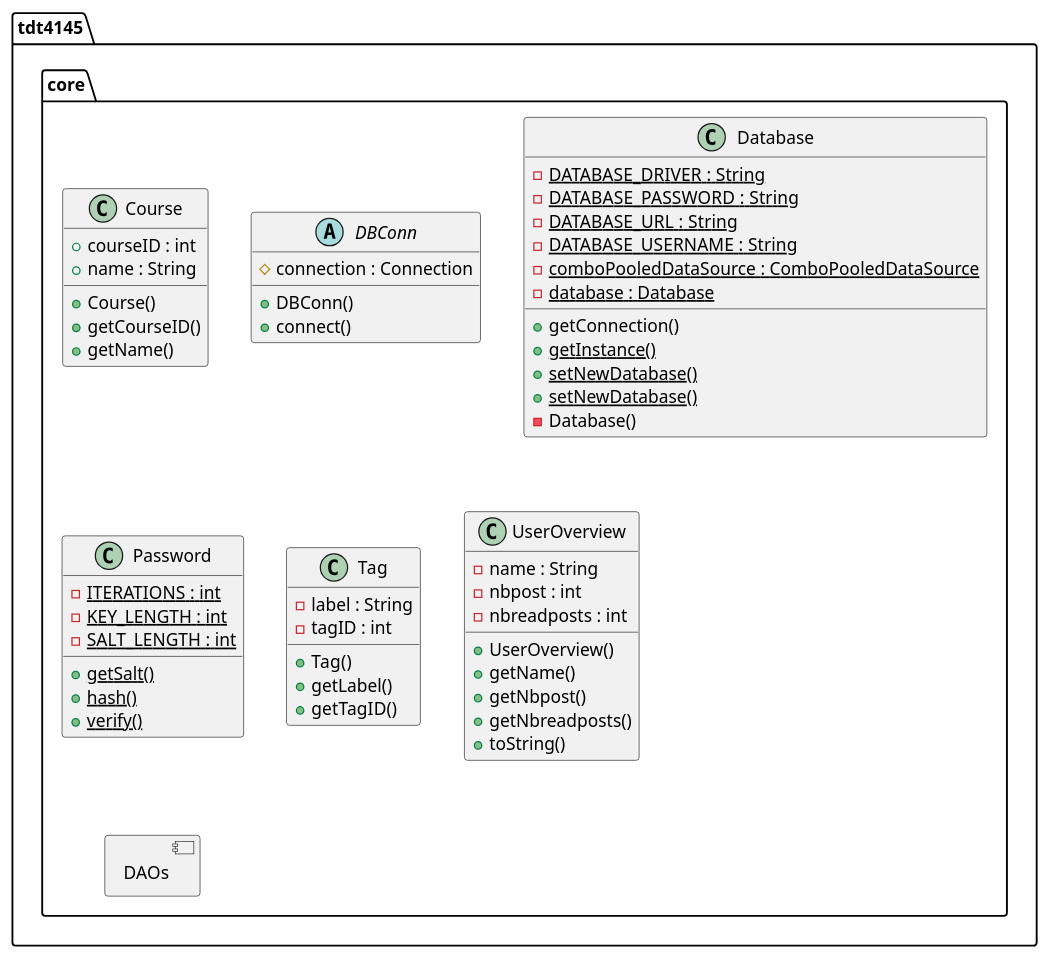
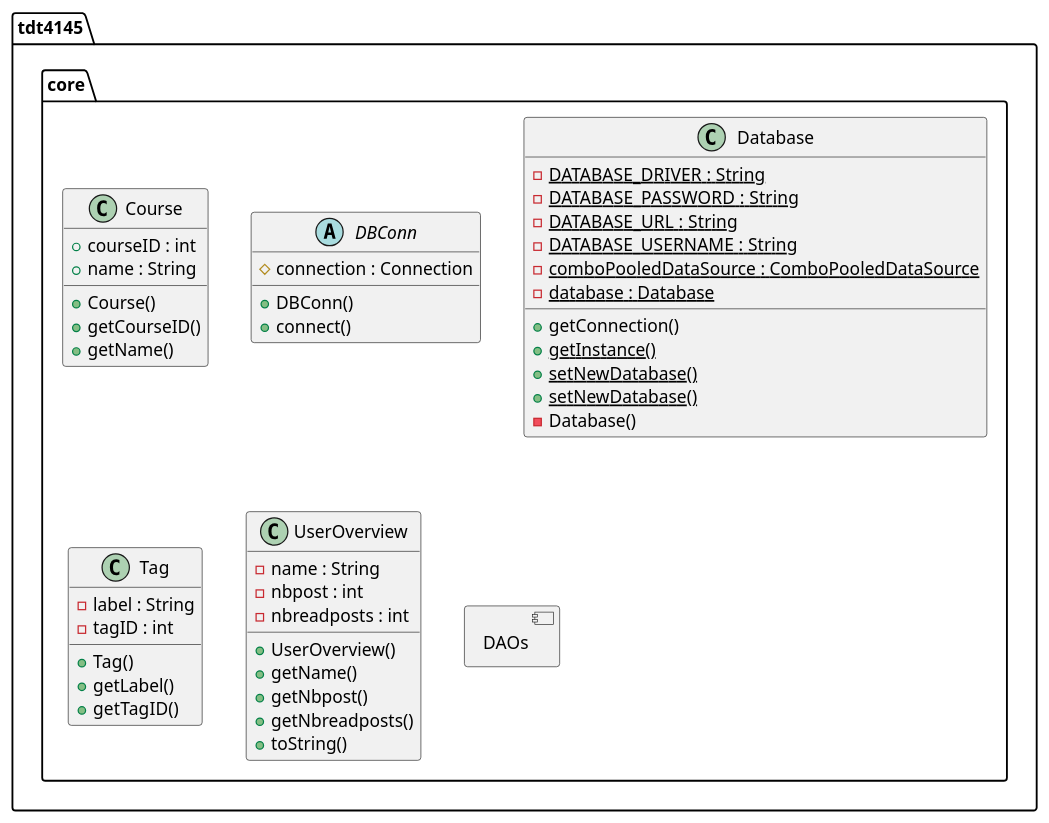
One commit to StefanTomic-NTNU/piazza changed the diagram in documentation/UML/core.plantuml. Above: the diagram before and after it, drawn with PlantUML. The commit also changed 3 other files, not shown here.

```diff
--- a/documentation/UML/core.plantuml
+++ b/documentation/UML/core.plantuml
@@ -1,80 +1,68 @@
 @startuml
 allow_mixing
 
   namespace tdt4145.core {
-    class tdt4145.core.Course {
-        + courseID : int
-        + name : String
-        + Course()
-        + getCourseID()
-        + getName()
+      class tdt4145.core.Course {
+          + courseID : int
+          + name : String
+          + Course()
+          + getCourseID()
+          + getName()
+      }
     }
-  }
-  
 
-  namespace tdt4145.core {
-    abstract class tdt4145.core.DBConn {
-        # connection : Connection
-        + DBConn()
-        + connect()
+
+    namespace tdt4145.core {
+      abstract class tdt4145.core.DBConn {
+          # connection : Connection
+          + DBConn()
+          + connect()
+      }
     }
-  }
-  
 
-  namespace tdt4145.core {
-    class tdt4145.core.Database {
-        {static} - DATABASE_DRIVER : String
-        {static} - DATABASE_PASSWORD : String
-        {static} - DATABASE_URL : String
-        {static} - DATABASE_USERNAME : String
-        {static} - comboPooledDataSource : ComboPooledDataSource
-        {static} - database : Database
-        + getConnection()
-        {static} + getInstance()
-        {static} + setNewDatabase()
-        {static} + setNewDatabase()
-        - Database()
+
+    namespace tdt4145.core {
+      class tdt4145.core.Database {
+          {static} - DATABASE_DRIVER : String
+          {static} - DATABASE_PASSWORD : String
+          {static} - DATABASE_URL : String
+          {static} - DATABASE_USERNAME : String
+          {static} - comboPooledDataSource : ComboPooledDataSource
+          {static} - database : Database
+          + getConnection()
+          {static} + getInstance()
+          {static} + setNewDatabase()
+          {static} + setNewDatabase()
+          - Database()
+      }
     }
-  }
-  
 
-  namespace tdt4145.core {
-    class tdt4145.core.Password {
-        {static} - ITERATIONS : int
-        {static} - KEY_LENGTH : int
-        {static} - SALT_LENGTH : int
-        {static} + getSalt()
-        {static} + hash()
-        {static} + verify()
+
+    namespace tdt4145.core {
+      class tdt4145.core.Tag {
+          - label : String
+          - tagID : int
+          + Tag()
+          + getLabel()
+          + getTagID()
+      }
     }
-  }
-  
 
-  namespace tdt4145.core {
-    class tdt4145.core.Tag {
-        - label : String
-        - tagID : int
-        + Tag()
-        + getLabel()
-        + getTagID()
+
+    namespace tdt4145.core {
+      class tdt4145.core.UserOverview {
+          - name : String
+          - nbpost : int
+          - nbreadposts : int
+          + UserOverview()
+          + getName()
+          + getNbpost()
+          + getNbreadposts()
+          + toString()
+      }
     }
-  }
-  
-
-  namespace tdt4145.core {
-    class tdt4145.core.UserOverview {
-        - name : String
-        - nbpost : int
-        - nbreadposts : int
-        + UserOverview()
-        + getName()
-        + getNbpost()
-        + getNbreadposts()
-        + toString()
-    }
-  }
 
   namespace tdt4145.core {
         component DAOs
     }
 @enduml
```
